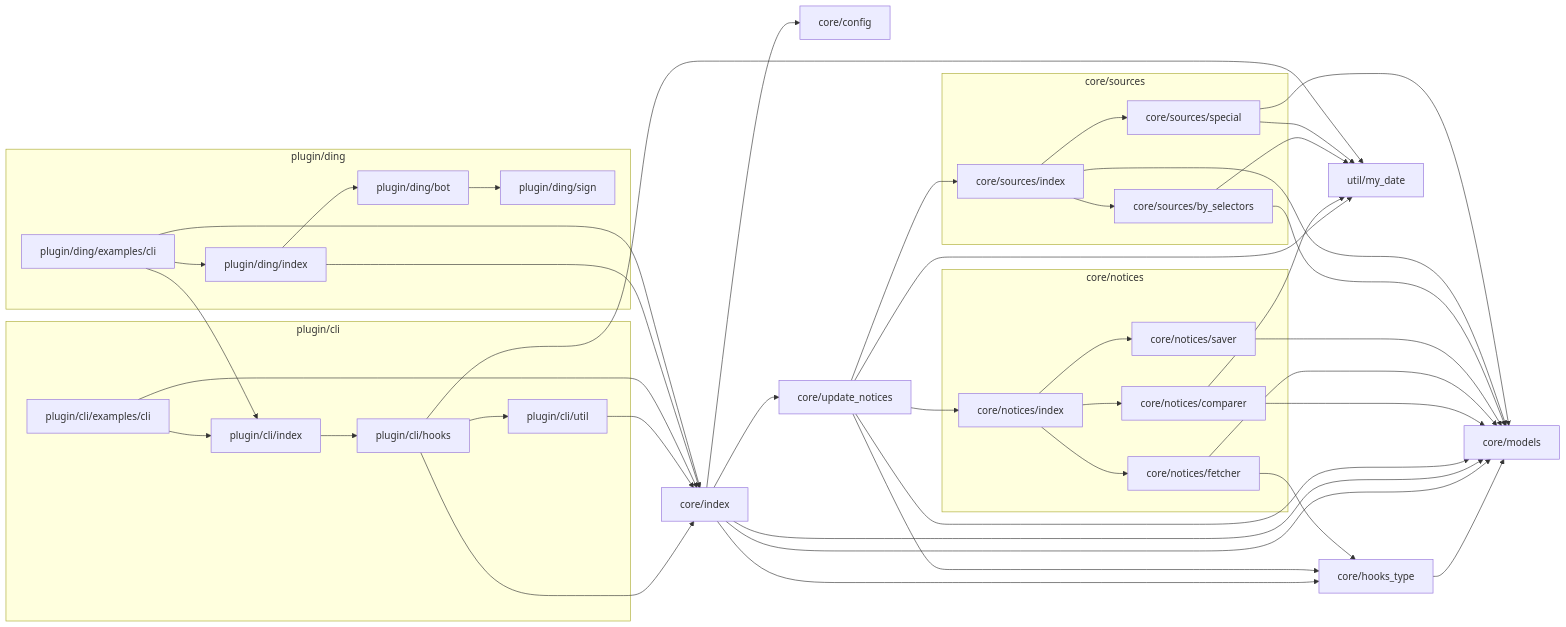
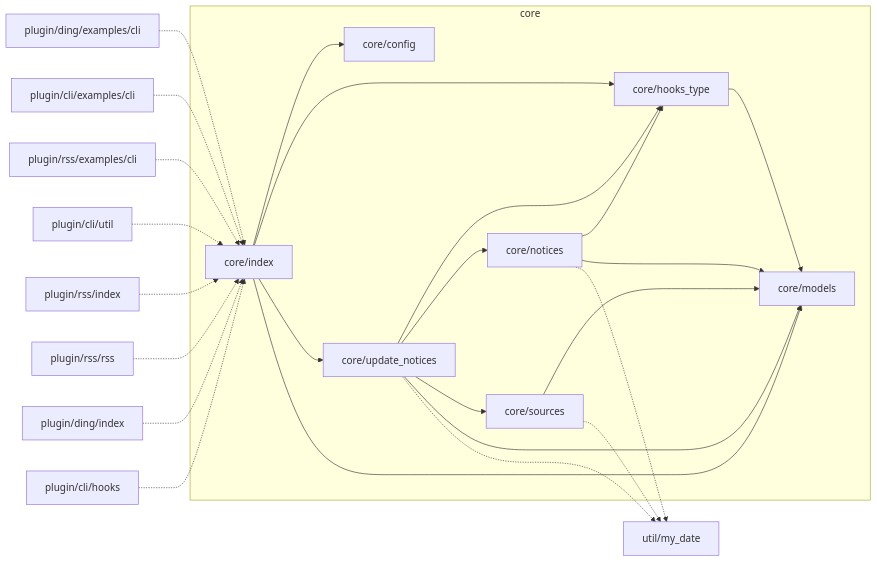
One commit to YDX-2147483647/bulletin-issues-transferred changed the second of 4 diagrams in documentation.md. Above: the diagram before and after it, drawn with Mermaid. The commit also changed other lines of this file and 4 other files, not shown here.

Commit message:
doc import graphs

````diff
--- a/documentation.md
+++ b/documentation.md
@@ -43,70 +64,28 @@
 ```mermaid
 flowchart LR
-  core/hooks_type --> core/models
-  core/index --> core/config
-  core/index --> core/hooks_type
-  core/index --> core/update_notices
-  core/index --> core/models
-  core/index --> core/models
-  core/update_notices --> util/my_date
-  core/update_notices --> core/hooks_type
-  core/update_notices --> core/models
-  core/update_notices --> core/notices/index
-  core/update_notices --> core/sources/index
-  core/notices/comparer --> util/my_date
-  core/notices/comparer --> core/models
-  core/notices/fetcher --> core/hooks_type
-  core/notices/fetcher --> core/models
-  core/notices/index --> core/notices/comparer
-  core/notices/index --> core/notices/fetcher
-  core/notices/index --> core/notices/saver
-  core/notices/saver --> core/models
-  core/sources/by_selectors --> util/my_date
-  core/sources/by_selectors --> core/models
-  core/sources/index --> core/models
-  core/sources/index --> core/sources/by_selectors
-  core/sources/index --> core/sources/special
-  core/sources/special --> util/my_date
-  core/sources/special --> core/models
-  plugin/cli/hooks --> core/index
-  plugin/cli/hooks --> util/my_date
-  plugin/cli/hooks --> plugin/cli/util
-  plugin/cli/index --> plugin/cli/hooks
-  plugin/cli/util --> core/index
-  plugin/cli/examples/cli --> core/index
-  plugin/cli/examples/cli --> plugin/cli/index
-  plugin/ding/bot --> plugin/ding/sign
-  plugin/ding/index --> core/index
-  plugin/ding/index --> plugin/ding/bot
-  plugin/ding/examples/cli --> core/index
-  plugin/ding/examples/cli --> plugin/cli/index
-  plugin/ding/examples/cli --> plugin/ding/index
-
-  subgraph core/sources
-    core/sources/by_selectors
-    core/sources/index
-    core/sources/special
+  subgraph core
+    core/index --> core/config
+    core/index --> core/hooks_type
+    core/notices --> core/hooks_type
+    core/update_notices --> core/hooks_type
+    core/notices --> core/models
+    core/index --> core/update_notices
+    core/update_notices --> core/notices
+    core/sources --> core/models
+    core/update_notices --> core/sources
+    core/hooks_type --> core/models
+    core/index --> core/models
+    core/update_notices --> core/models
   end
-
-  subgraph core/notices
-    core/notices/index
-    core/notices/saver
-    core/notices/fetcher
-    core/notices/comparer
-  end
-
-  subgraph plugin/cli
-    plugin/cli/index
-    plugin/cli/util
-    plugin/cli/hooks
-    plugin/cli/examples/cli
-  end
-
-  subgraph plugin/ding
-    plugin/ding/index
-    plugin/ding/bot
-    plugin/ding/sign
-    plugin/ding/examples/cli
-  end
-
+  core/notices -.-> util/my_date
+  core/sources -.-> util/my_date
+  core/update_notices -.-> util/my_date
+  plugin/ding/examples/cli -.-> core/index
+  plugin/cli/examples/cli -.-> core/index
+  plugin/rss/examples/cli -.-> core/index
+  plugin/cli/util -.-> core/index
+  plugin/rss/index -.-> core/index
+  plugin/rss/rss -.-> core/index
+  plugin/ding/index -.-> core/index
+  plugin/cli/hooks -.-> core/index
 ```
````
